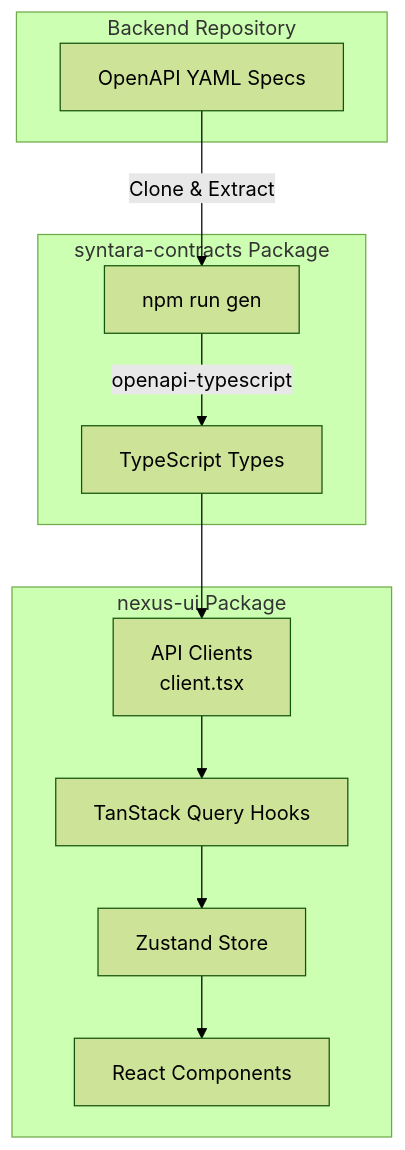
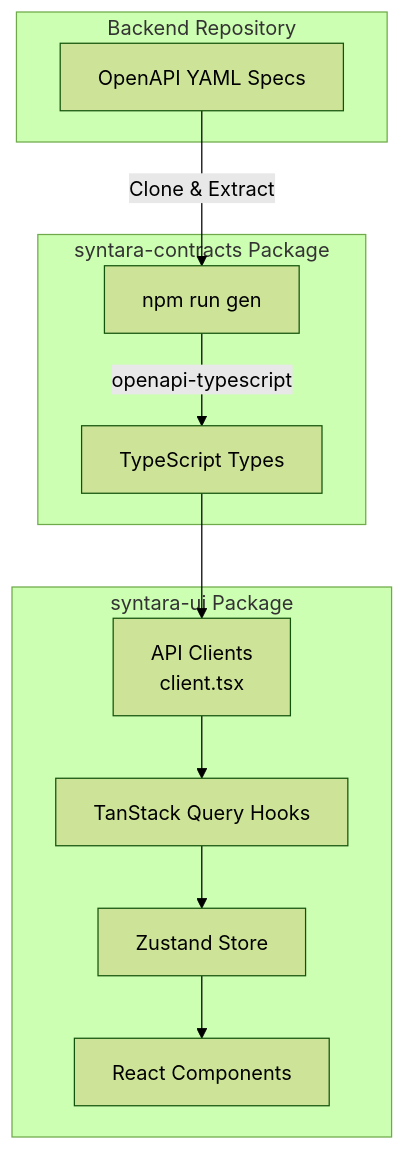
One commit to alinabuzachis/syntara changed the first of 7 diagrams in frontend/docs/data-flow.md. Above: the diagram before and after it, drawn with Mermaid (forest theme). The commit also changed other lines of this file and 2174 other files, not shown here.

First line of the commit message:
refactor: rename @ansible/nexus-ui to @syntara/ui (#1080)

````diff
--- a/frontend/docs/data-flow.md
+++ b/frontend/docs/data-flow.md
@@ -26,25 +26,25 @@
 ```mermaid
 flowchart TB
     subgraph Backend["Backend Repository"]
         Y[OpenAPI YAML Specs]
     end
 
     subgraph Contracts["syntara-contracts Package"]
         G[npm run gen]
         TS[TypeScript Types]
     end
 
-    subgraph UI["nexus-ui Package"]
+    subgraph UI["syntara-ui Package"]
         C[API Clients<br/>client.tsx]
         Q[TanStack Query Hooks]
         S[Zustand Store]
         R[React Components]
     end
 
     Y -->|"Clone & Extract"| G
     G -->|"openapi-typescript"| TS
     TS --> C
     C --> Q
     Q --> S
     S --> R
 ```
````
